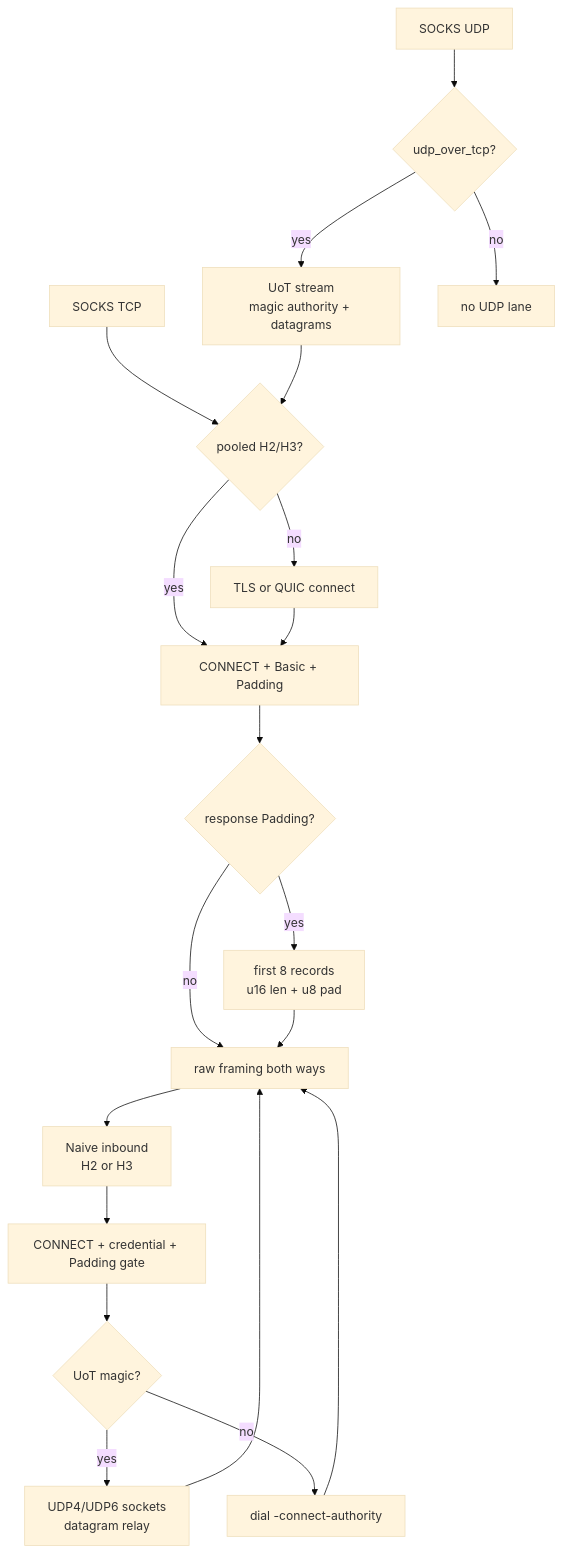
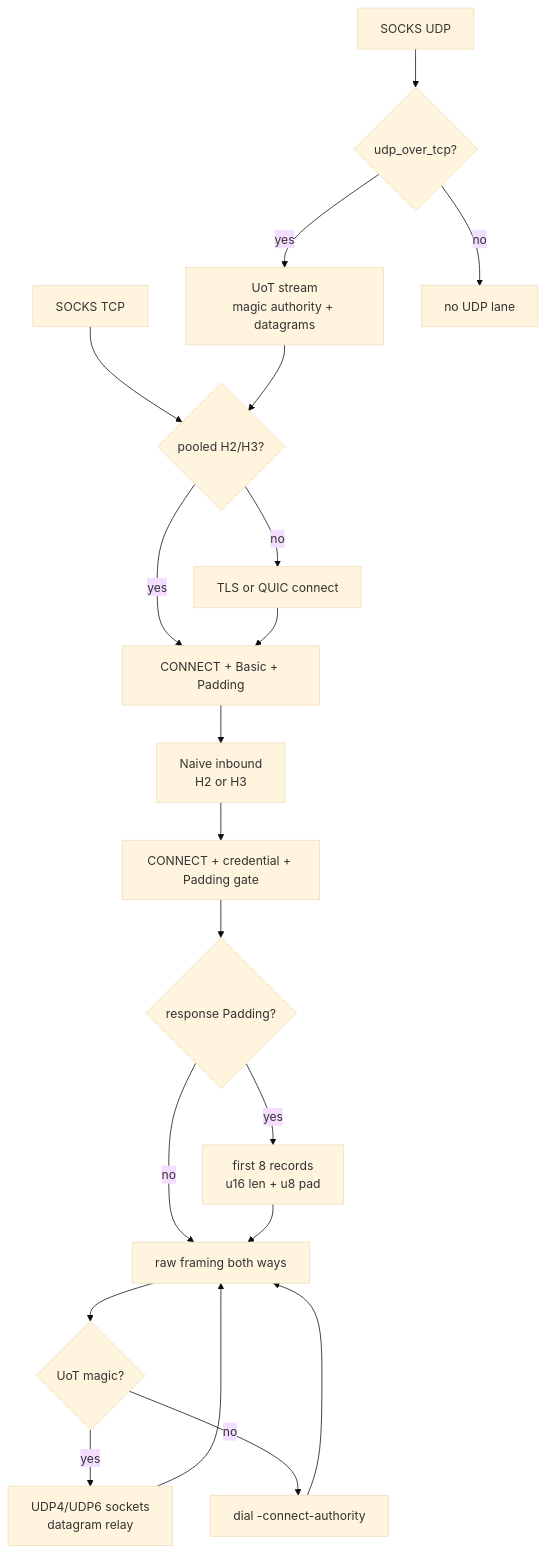
Before and after one commit to ferroxdev/ferrox-2: the diagram in docs/function/naive.md, drawn with Mermaid (base theme). The commit also changed 6 other files, not shown here.

````diff
--- a/docs/function/naive.md
+++ b/docs/function/naive.md
@@ -13,22 +13,22 @@
 ```mermaid
 graph TD
     S["SOCKS TCP"] --> P{"pooled H2/H3?"}
     P -- yes --> O["CONNECT + Basic + Padding"]
     P -- no --> T["TLS or QUIC connect"]
     T --> O
-    O --> H{"response Padding?"}
+    O --> A["Naive inbound<br/>H2 or H3"]
+    A --> C["CONNECT + credential + Padding gate"]
+    C --> H{"response Padding?"}
     H -- yes --> F["first 8 records<br/>u16 len + u8 pad"]
     H -- no --> R["raw framing both ways"]
     F --> R
-    R --> A["Naive inbound<br/>H2 or H3"]
-    A --> C["CONNECT + credential + Padding gate"]
-    C --> M{"UoT magic?"}
+    R --> M{"UoT magic?"}
     M -- yes --> V["UDP4/UDP6 sockets<br/>datagram relay"]
     M -- no --> D["dial -connect-authority"]
     V --> R
     D --> R
     U["SOCKS UDP"] --> G{"udp_over_tcp?"}
     G -- yes --> Q["UoT stream<br/>magic authority + datagrams"]
     Q --> P
     G -- no --> N["no UDP lane"]
 ```
````
